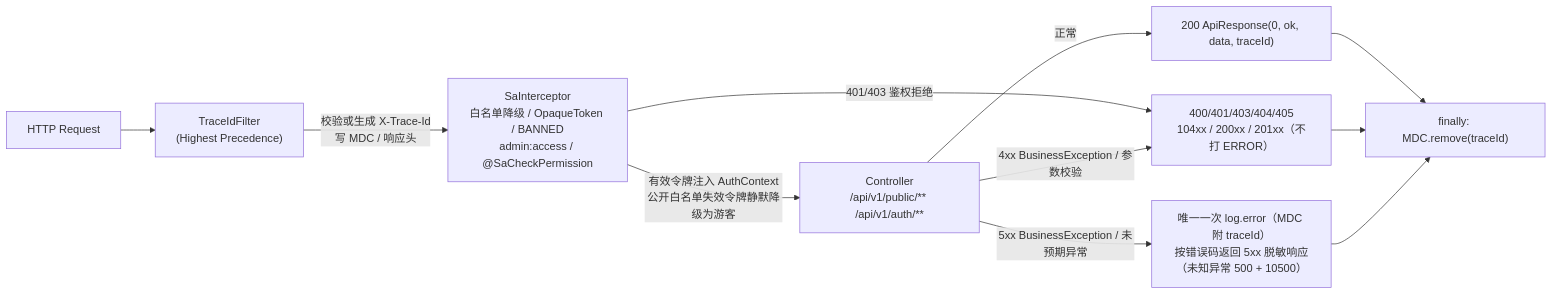
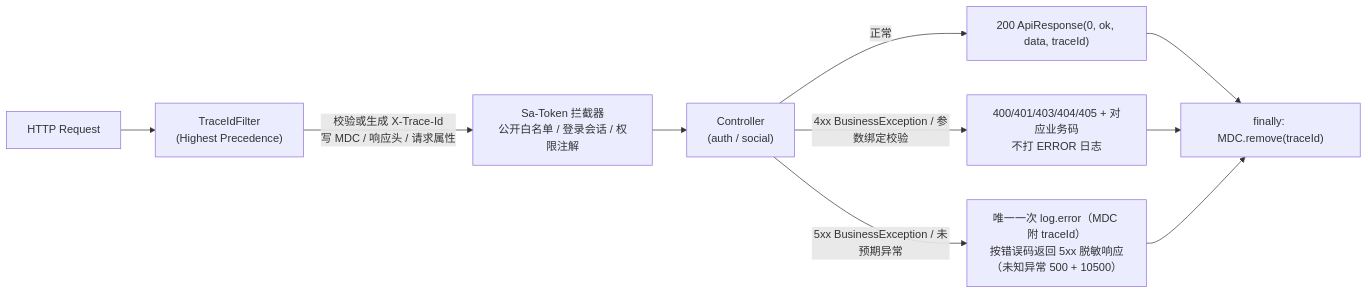
The first of 2 diagrams in docs/ARCHITECTURE.md (awu123-create/landfall), drawn with Mermaid before and after one commit. The commit also changed other lines of this file and 13 other files, not shown here.

````diff
--- a/docs/ARCHITECTURE.md
+++ b/docs/ARCHITECTURE.md
@@ -38,13 +33,12 @@
 ```mermaid
 flowchart LR
     Req["HTTP Request"] --> Filter["TraceIdFilter\n(Highest Precedence)"]
-    Filter -->|"校验或生成 X-Trace-Id\n写 MDC / 响应头"| Auth["SaInterceptor\n白名单降级 / OpaqueToken / BANNED\nadmin:access / @SaCheckPermission"]
-    Auth -->|"有效令牌注入 AuthContext\n公开白名单失效令牌静默降级为游客"| Ctrl["Controller\n/api/v1/public/** /api/v1/auth/**"]
+    Filter -->|"校验或生成 X-Trace-Id\n写 MDC / 响应头 / 请求属性"| Auth["Sa-Token 拦截器\n公开白名单 / 登录会话 / 权限注解"]
+    Auth --> Ctrl["Controller\n(auth / social)"]
     Ctrl -->|"正常"| Ok["200 ApiResponse(0, ok, data, traceId)"]
-    Auth -->|"401/403 鉴权拒绝"| Four["400/401/403/404/405\n104xx / 200xx / 201xx（不打 ERROR）"]
-    Ctrl -->|"4xx BusinessException / 参数校验"| Four
+    Ctrl -->|"4xx BusinessException / 参数绑定校验"| Four["400/401/403/404/405 + 对应业务码\n不打 ERROR 日志"]
     Ctrl -->|"5xx BusinessException / 未预期异常"| Five["唯一一次 log.error（MDC 附 traceId）\n按错误码返回 5xx 脱敏响应（未知异常 500 + 10500）"]
     Ok --> Clear["finally: MDC.remove(traceId)"]
     Four --> Clear
     Five --> Clear
 ```
````
